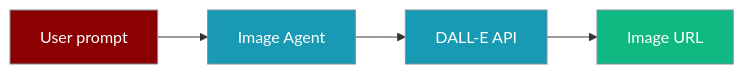
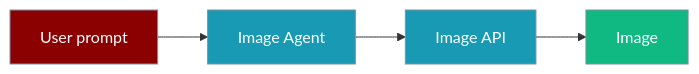
Before and after one commit to MervinPraison/PraisonAIDocs: the first of 2 diagrams in docs/features/image-generation.mdx, drawn with Mermaid. The commit also changed other lines of this file and 5 other files, not shown here.

````diff
--- a/docs/features/image-generation.mdx
+++ b/docs/features/image-generation.mdx
@@ -20,16 +20,16 @@
 ```mermaid
 graph LR
     U[User prompt] --> A[Image Agent]
-    A --> API[DALL-E API]
-    API --> Out[Image URL]
+    A --> API[Image API]
+    API --> Out[Image]
 
     classDef agent fill:#8B0000,stroke:#7C90A0,color:#fff
     classDef process fill:#189AB4,stroke:#7C90A0,color:#fff
     classDef result fill:#10B981,stroke:#7C90A0,color:#fff
 
     class U agent
     class A process
     class API process
     class Out result
 
 ```
````
